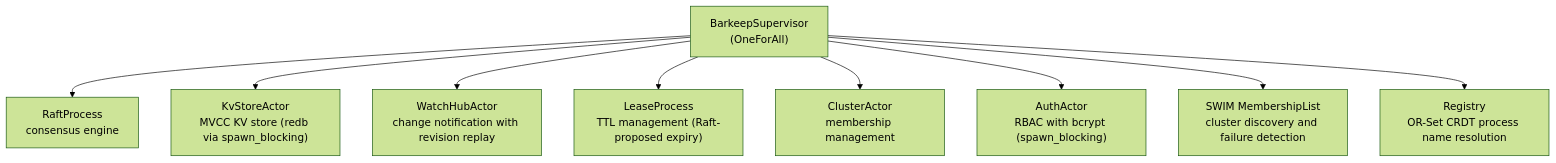
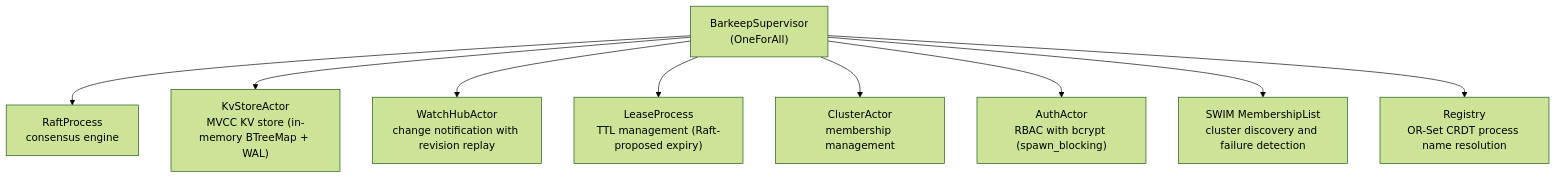
The first of 2 diagrams in README.md (alexandernicholson/barkeeper), drawn with Mermaid (forest theme) before and after one commit. The commit also changed other lines of this file and 5 other files, not shown here.

First line of the commit message:
docs: update all documentation for in-memory KV store architecture

````diff
--- a/README.md
+++ b/README.md
@@ -107,12 +107,12 @@
 ```mermaid
 graph TD
     S["BarkeepSupervisor<br>(OneForAll)"]
     S --> R["RaftProcess<br>consensus engine"]
-    S --> KSA["KvStoreActor<br>MVCC KV store (redb via spawn_blocking)"]
+    S --> KSA["KvStoreActor<br>MVCC KV store (in-memory BTreeMap + WAL)"]
     S --> WHA["WatchHubActor<br>change notification with revision replay"]
     S --> L["LeaseProcess<br>TTL management (Raft-proposed expiry)"]
     S --> CA["ClusterActor<br>membership management"]
     S --> AA["AuthActor<br>RBAC with bcrypt (spawn_blocking)"]
     S --> SWIM["SWIM MembershipList<br>cluster discovery and failure detection"]
     S --> Reg["Registry<br>OR-Set CRDT process name resolution"]
 ```
````
